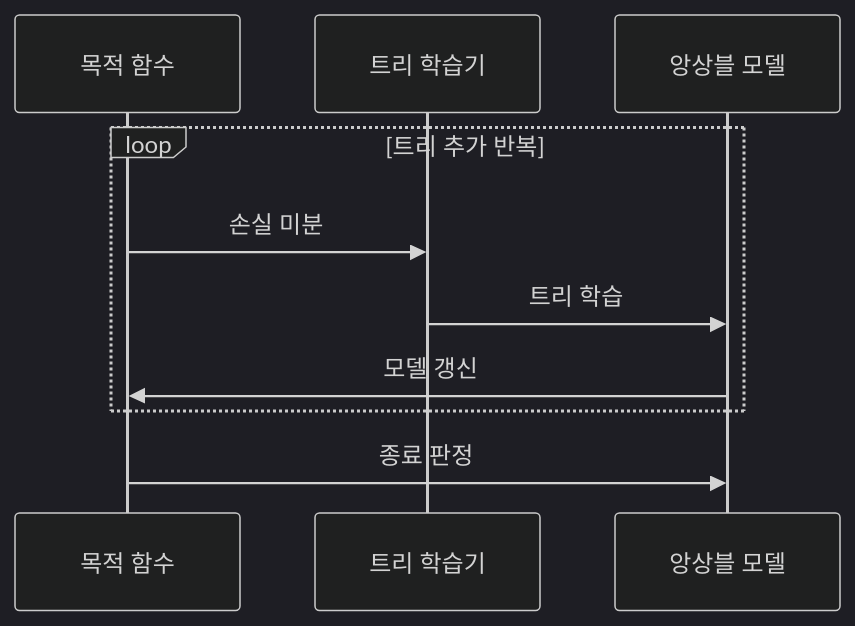
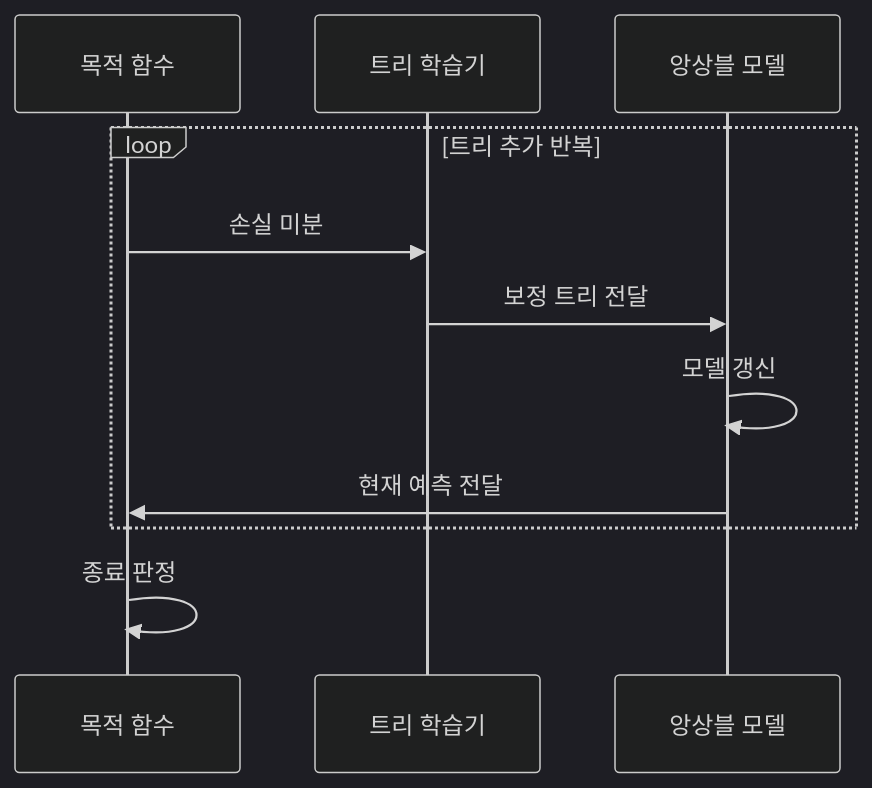
Before and after one commit to agnusdei1207/knowledge-base: the second of 2 diagrams in src/content/docs/notes/01-basic-theory/053_xgboost_lightgbm.md, drawn with Mermaid (dark theme). The commit also changed other lines of this file and 27 other files, not shown here.

````diff
--- a/src/content/docs/notes/01-basic-theory/053_xgboost_lightgbm.md
+++ b/src/content/docs/notes/01-basic-theory/053_xgboost_lightgbm.md
@@ -80,12 +80,13 @@
 ```mermaid
 sequenceDiagram
     participant O as 목적 함수
     participant T as 트리 학습기
-    participant M as 앙상블 모델
-    loop 트리 추가 반복
-        O->>T: 손실 미분
-        T->>M: 트리 학습
-        M->>O: 모델 갱신
-    end
-    O->>M: 종료 판정
+      participant M as 앙상블 모델
+      loop 트리 추가 반복
+          O->>T: 손실 미분
+          T->>M: 보정 트리 전달
+          M->>M: 모델 갱신
+          M->>O: 현재 예측 전달
+      end
+      O->>O: 종료 판정
 ```
````
